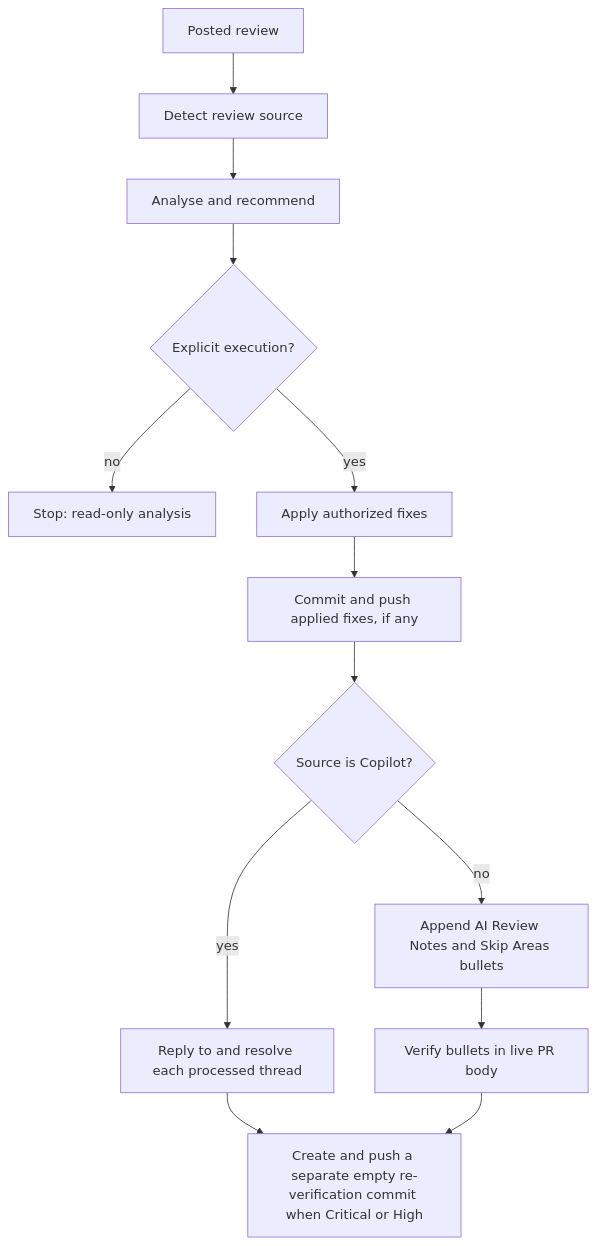
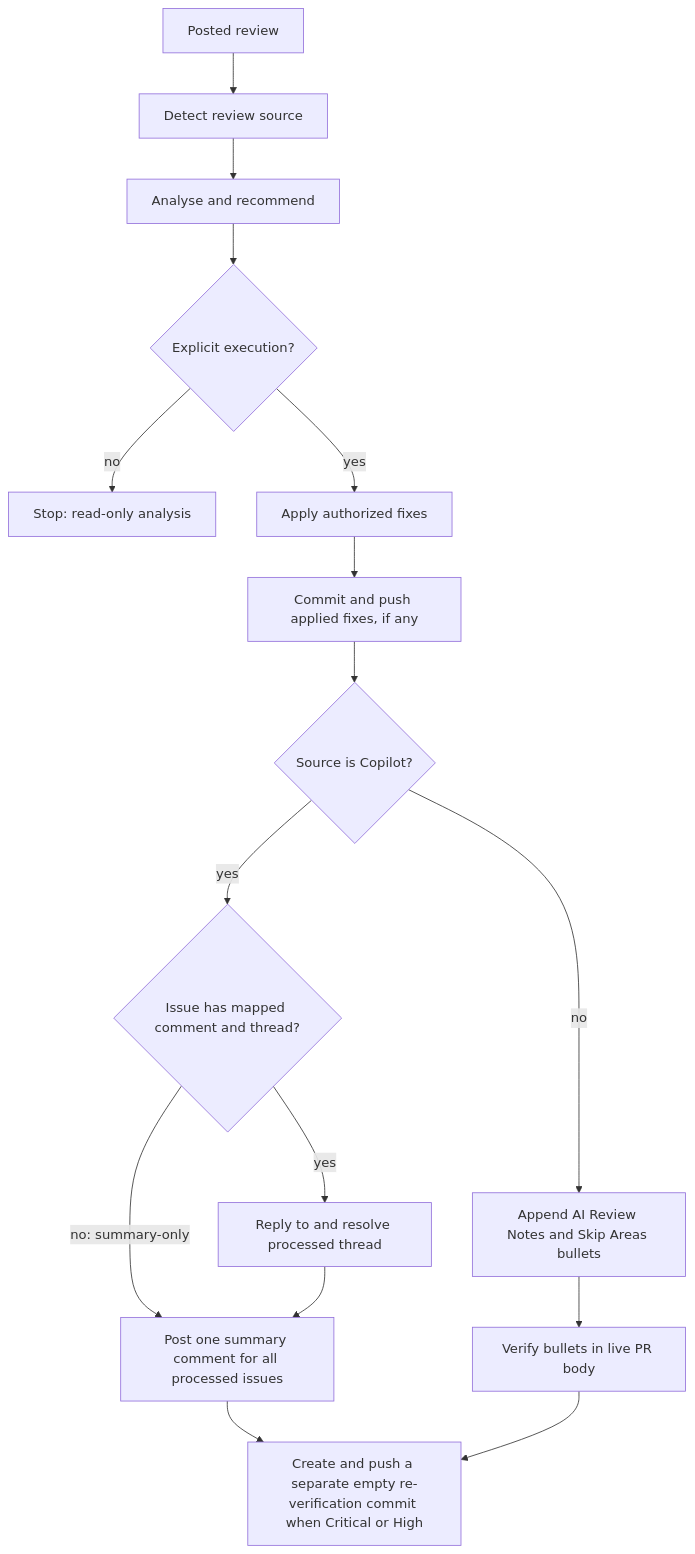
Before and after one commit to generic-automation-and-it/smooth-ai-report-review: the second of 2 diagrams in docs/hlds/004-review-follow-through/diagrams/c4-context.md, drawn with Mermaid. The commit also changed other lines of this file and 3 other files, not shown here.

````diff
--- a/docs/hlds/004-review-follow-through/diagrams/c4-context.md
+++ b/docs/hlds/004-review-follow-through/diagrams/c4-context.md
@@ -32,15 +33,18 @@
 ```mermaid
 flowchart TD
     A[Posted review] --> B[Detect review source]
     B --> C[Analyse and recommend]
     C --> D{Explicit execution?}
     D -->|no| E[Stop: read-only analysis]
     D -->|yes| F[Apply authorized fixes]
     F --> K[Commit and push applied fixes, if any]
     K --> G{Source is Copilot?}
-    G -->|yes| H[Reply to and resolve each processed thread]
+    G -->|yes| M{Issue has mapped comment and thread?}
+    M -->|yes| H[Reply to and resolve processed thread]
+    M -->|no: summary-only| N[Post one summary comment for all processed issues]
+    H --> N
     G -->|no| I[Append AI Review Notes and Skip Areas bullets]
     I --> J[Verify bullets in live PR body]
-    H --> L[Create and push a separate empty re-verification commit when Critical or High]
+    N --> L[Create and push a separate empty re-verification commit when Critical or High]
     J --> L
 ```
````
